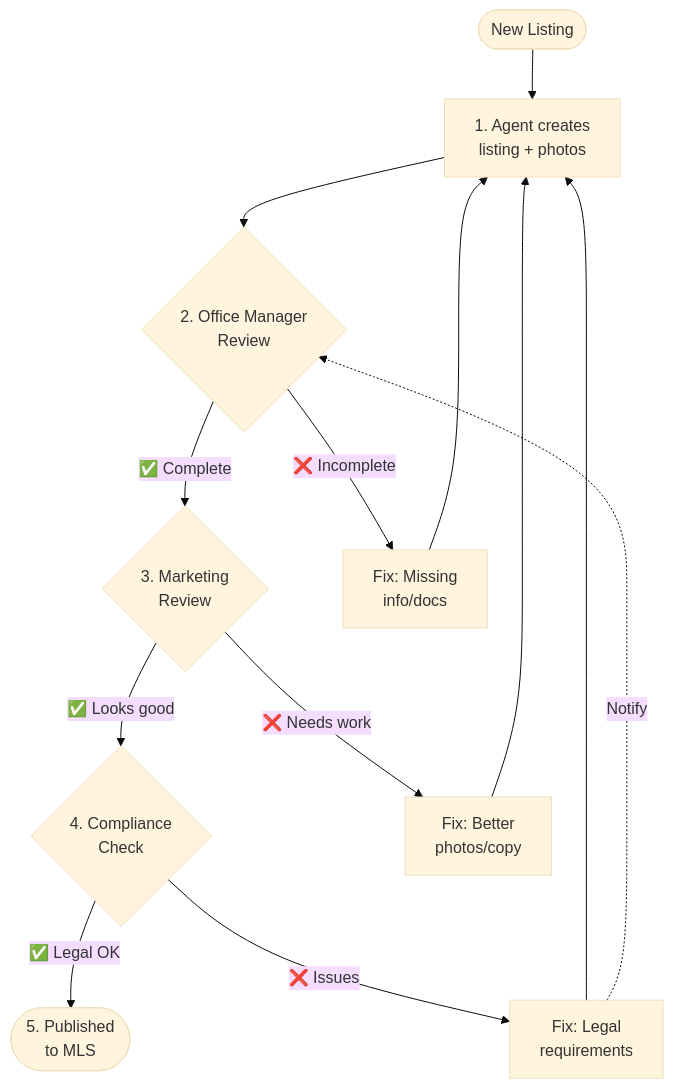
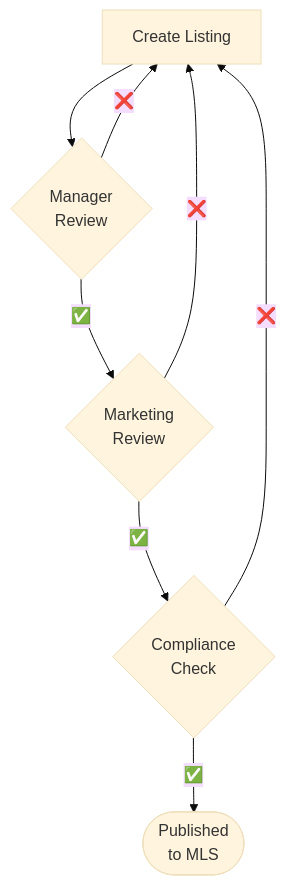
One commit to tallyfy/documentation changed the third of 3 diagrams in src/content/docs/pro/documenting/templates/automations/examples/multi-level-approval-loops.mdx. Above: the diagram before and after it, drawn with Mermaid (base theme). The commit also changed other lines of this file and 4 other files, not shown here.

First line of the commit message:
Simplify complex Mermaid diagrams for better readability

````diff
--- a/src/content/docs/pro/documenting/templates/automations/examples/multi-level-approval-loops.mdx
+++ b/src/content/docs/pro/documenting/templates/automations/examples/multi-level-approval-loops.mdx
@@ -205,23 +181,15 @@
 ```mermaid
 flowchart TD
-    Start([New Listing]) --> Agent[1. Agent creates<br/>listing + photos]
-    Agent --> Manager{2. Office Manager<br/>Review}
+    Agent[Create Listing] --> Manager{Manager<br/>Review}
+    Manager -->|✅| Marketing{Marketing<br/>Review}
+    Manager -->|❌| Agent
     
-    Manager -->|✅ Complete| Marketing{3. Marketing<br/>Review}
-    Manager -->|❌ Incomplete| ReOpen1[Fix: Missing<br/>info/docs]
+    Marketing -->|✅| Compliance{Compliance<br/>Check}
+    Marketing -->|❌| Agent
     
-    Marketing -->|✅ Looks good| Compliance{4. Compliance<br/>Check}
-    Marketing -->|❌ Needs work| ReOpen2[Fix: Better<br/>photos/copy]
-    
-    Compliance -->|✅ Legal OK| Publish([5. Published<br/>to MLS])
-    Compliance -->|❌ Issues| ReOpen3[Fix: Legal<br/>requirements]
-    
-    ReOpen1 --> Agent
-    ReOpen2 --> Agent
-    ReOpen3 --> Agent
-    ReOpen3 -.->|Notify| Manager
-    
+    Compliance -->|✅| Publish([Published<br/>to MLS])
+    Compliance -->|❌| Agent
     
     click Compliance "/products/pro/documenting/templates/automations/actions/status-actions/" "Learn how rejections trigger re-opens"
     click Manager "/products/pro/documenting/templates/automations/actions/visibility-actions/" "See how visibility rules control flow"
 ```
````
